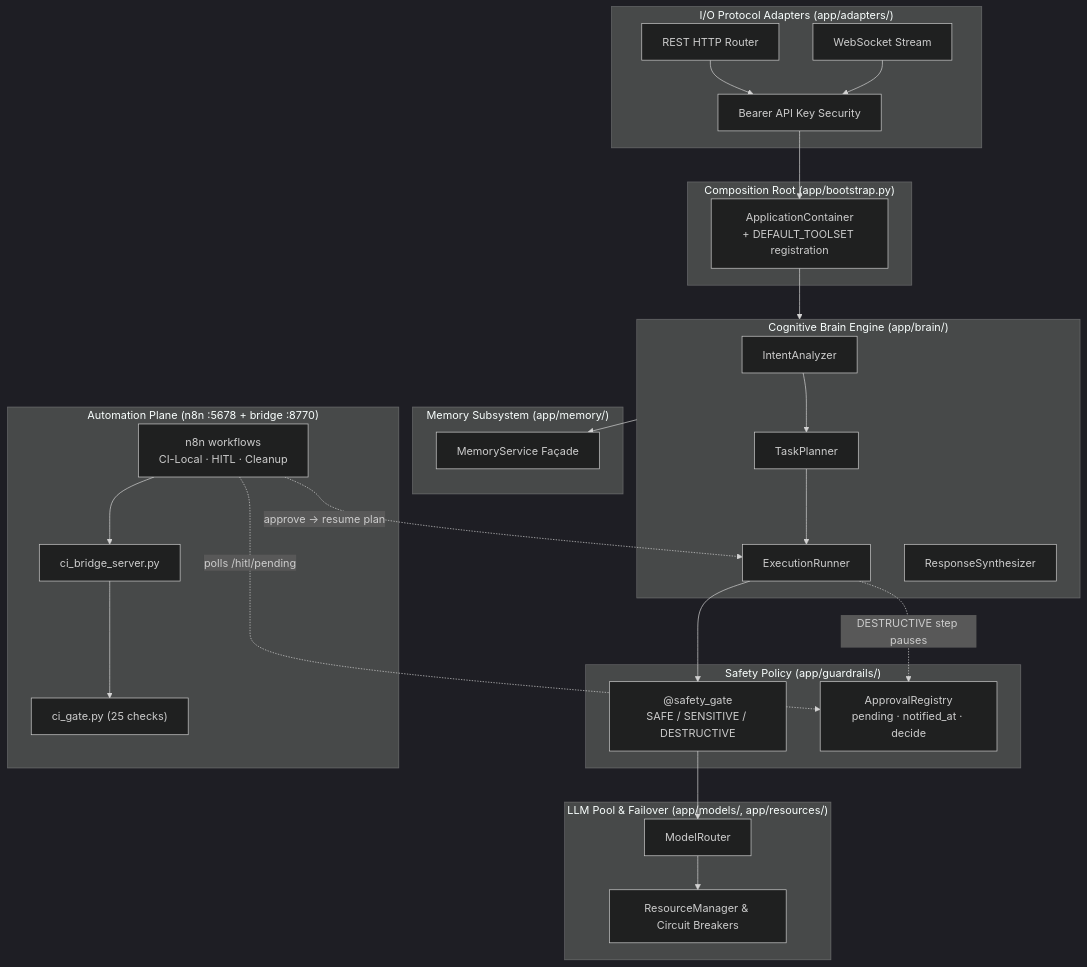
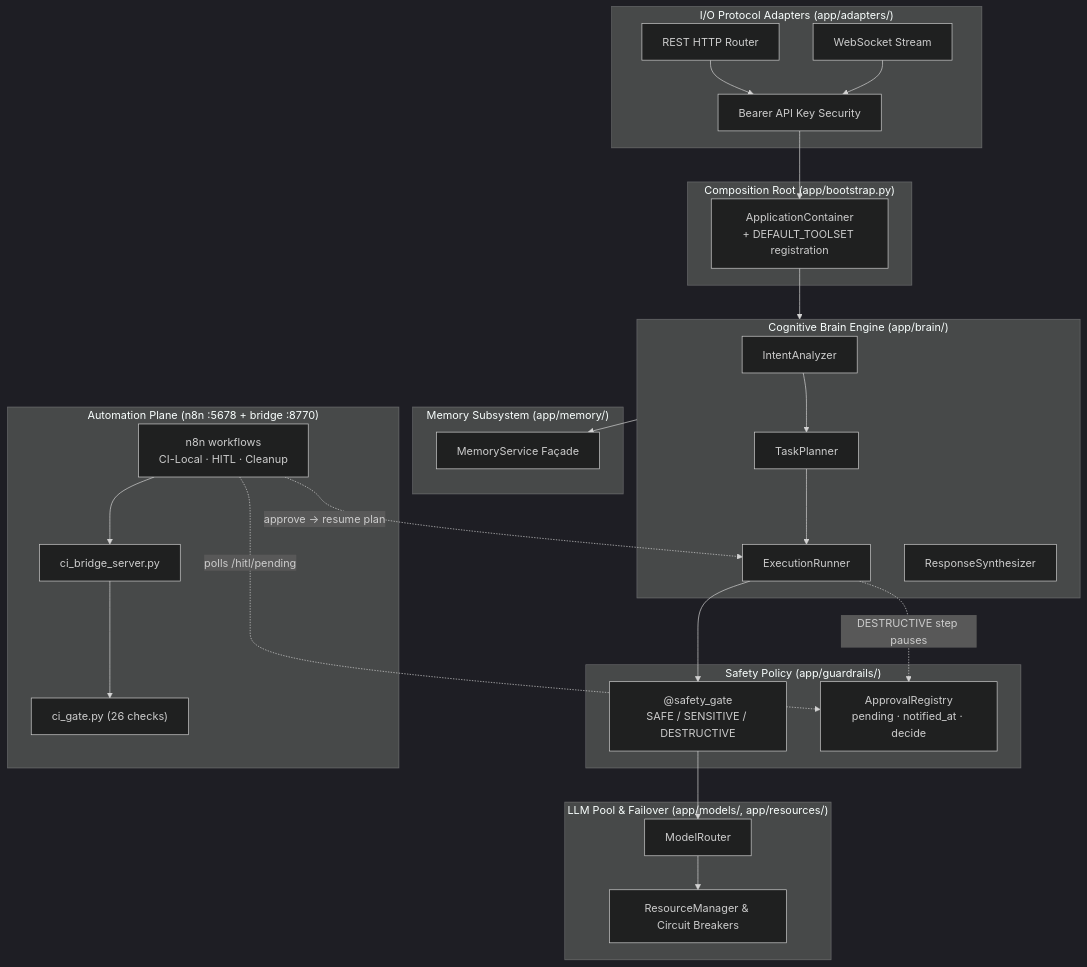
One commit to Er-Sajan-PLG/JARVIS changed the diagram in README.md. Above: the diagram before and after it, drawn with Mermaid (dark theme). The commit also changed other lines of this file and 17 other files, not shown here.

````diff
--- a/README.md
+++ b/README.md
@@ -71,54 +71,54 @@
 ```mermaid
 flowchart TB
     subgraph ADAPTERS["I/O Protocol Adapters (app/adapters/)"]
         HTTP["REST HTTP Router"]
         WS["WebSocket Stream"]
         AUTH["Bearer API Key Security"]
     end
 
     subgraph BOOTSTRAP["Composition Root (app/bootstrap.py)"]
         CONTAINER["ApplicationContainer<br/>+ DEFAULT_TOOLSET registration"]
     end
 
     subgraph BRAIN["Cognitive Brain Engine (app/brain/)"]
         INTENT["IntentAnalyzer"]
         PLANNER["TaskPlanner"]
         RUNNER["ExecutionRunner"]
         SYNTH["ResponseSynthesizer"]
     end
 
     subgraph GUARDRAILS["Safety Policy (app/guardrails/)"]
         GATE["@safety_gate<br/>SAFE / SENSITIVE / DESTRUCTIVE"]
         APPROVALS["ApprovalRegistry<br/>pending · notified_at · decide"]
     end
 
     subgraph MODELS["LLM Pool & Failover (app/models/, app/resources/)"]
         ROUTER["ModelRouter"]
         RESMAN["ResourceManager & Circuit Breakers"]
     end
 
     subgraph MEMORY["Memory Subsystem (app/memory/)"]
         SERVICE["MemoryService Façade"]
     end
 
     subgraph AUTOMATION["Automation Plane (n8n :5678 + bridge :8770)"]
         N8N["n8n workflows<br/>CI-Local · HITL · Cleanup"]
         BRIDGE["ci_bridge_server.py"]
-        CGATE["ci_gate.py (<!--fact:gate_count-->25<!--/fact--> checks)"]
+        CGATE["ci_gate.py (<!--fact:gate_count-->26<!--/fact--> checks)"]
     end
 
     HTTP --> AUTH
     WS --> AUTH
     AUTH --> CONTAINER
     CONTAINER --> BRAIN
     INTENT --> PLANNER
     PLANNER --> RUNNER
     RUNNER --> GATE
     GATE --> ROUTER
     ROUTER --> RESMAN
     BRAIN --> SERVICE
     RUNNER -. "DESTRUCTIVE step pauses" .-> APPROVALS
     N8N --> BRIDGE --> CGATE
     N8N -. "polls /hitl/pending" .-> APPROVALS
     N8N -. "approve → resume plan" .-> RUNNER
 ```
````
